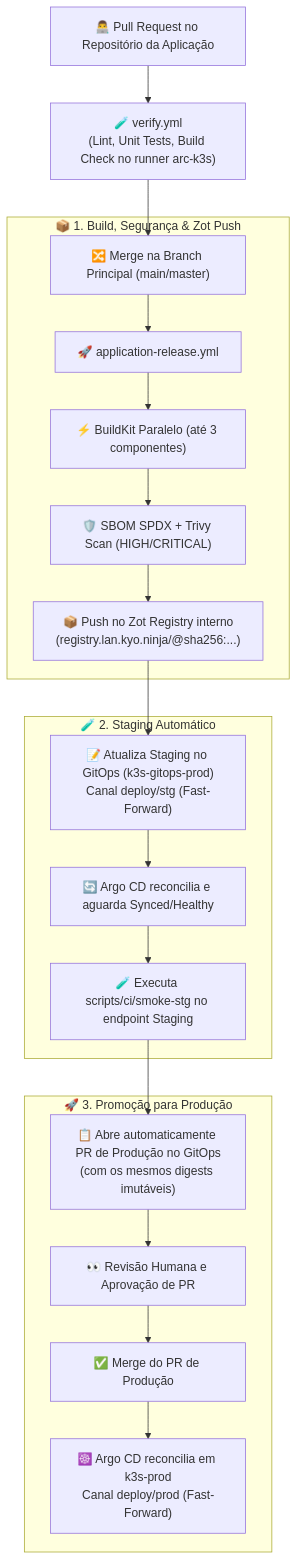
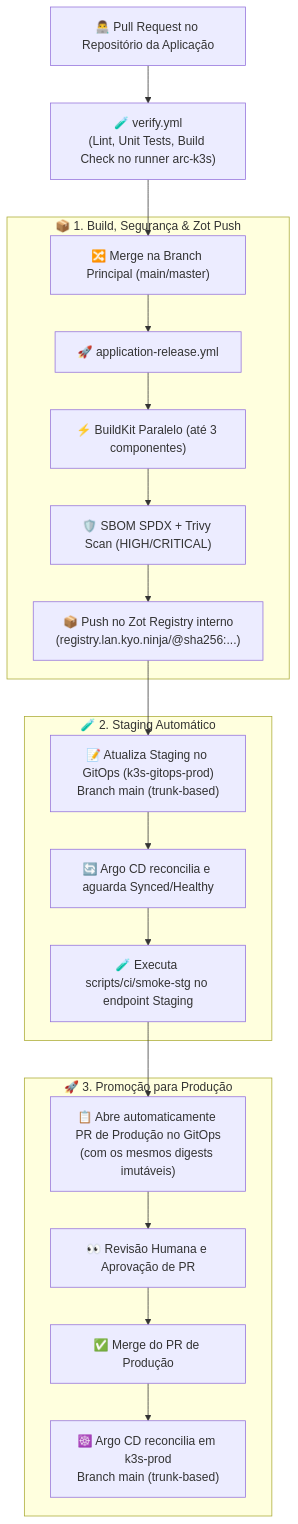
Before and after one commit to JustShinobi/platform-workflows: the diagram in README.md, drawn with Mermaid. The commit also changed other lines of this file and 5 other files, not shown here.

````diff
--- a/README.md
+++ b/README.md
@@ -16,25 +16,25 @@
 ```mermaid
 flowchart TD
     PR["👨‍💻 Pull Request no Repositório da Aplicação"] --> Verify["🧪 verify.yml<br/>(Lint, Unit Tests, Build Check no runner arc-k3s)"]
     Verify --> Merge["🔀 Merge na Branch Principal (main/master)"]
     
     subgraph ReleaseStage ["📦 1. Build, Segurança & Zot Push"]
         Merge --> Release["🚀 application-release.yml"]
         Release --> ParallelBuild["⚡ BuildKit Paralelo (até 3 componentes)"]
         ParallelBuild --> Security["🛡️ SBOM SPDX + Trivy Scan (HIGH/CRITICAL)"]
         Security --> Zot["📦 Push no Zot Registry interno<br/>(registry.lan.kyo.ninja/<app>@sha256:...)"]
     end
 
     subgraph StagingStage ["🧪 2. Staging Automático"]
-        Zot --> AutoStg["📝 Atualiza Staging no GitOps (k3s-gitops-prod)<br/>Canal deploy/stg (Fast-Forward)"]
+        Zot --> AutoStg["📝 Atualiza Staging no GitOps (k3s-gitops-prod)<br/>Branch main (trunk-based)"]
         AutoStg --> ArgoStg["🔄 Argo CD reconcilia e aguarda Synced/Healthy"]
         ArgoStg --> Smoke["🧪 Executa scripts/ci/smoke-stg no endpoint Staging"]
     end
 
     subgraph ProdStage ["🚀 3. Promoção para Produção"]
         Smoke --> ProdPR["📋 Abre automaticamente PR de Produção no GitOps<br/>(com os mesmos digests imutáveis)"]
         ProdPR --> HumanReview["👀 Revisão Humana e Aprovação de PR"]
         HumanReview --> ProdMerge["✅ Merge do PR de Produção"]
-        ProdMerge --> ArgoProd["☸️ Argo CD reconcilia em k3s-prod<br/>Canal deploy/prod (Fast-Forward)"]
+        ProdMerge --> ArgoProd["☸️ Argo CD reconcilia em k3s-prod<br/>Branch main (trunk-based)"]
     end
 ```
````
